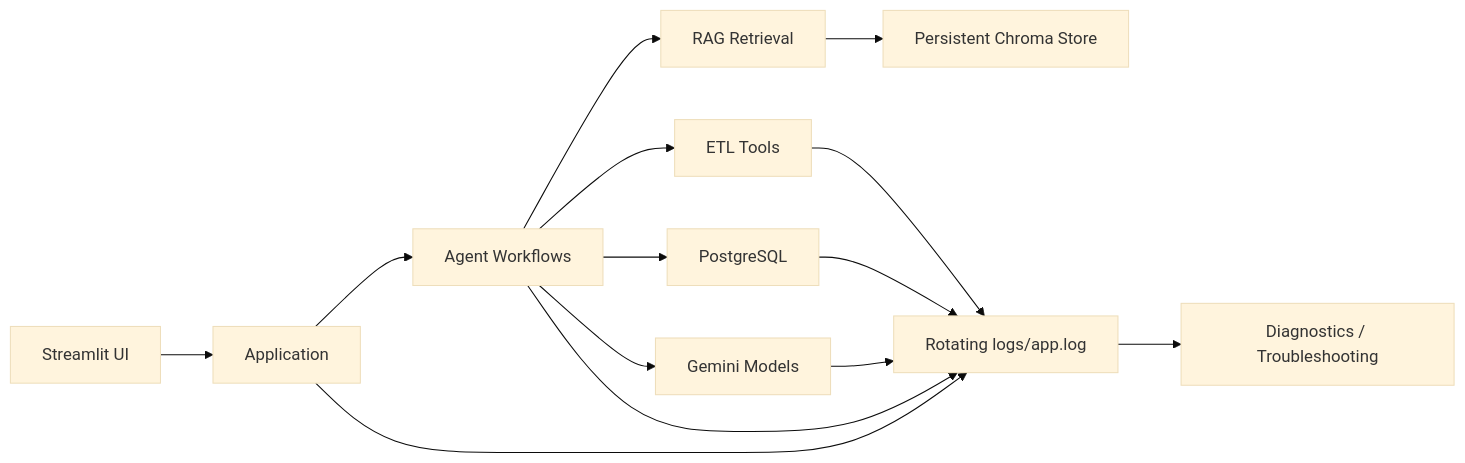
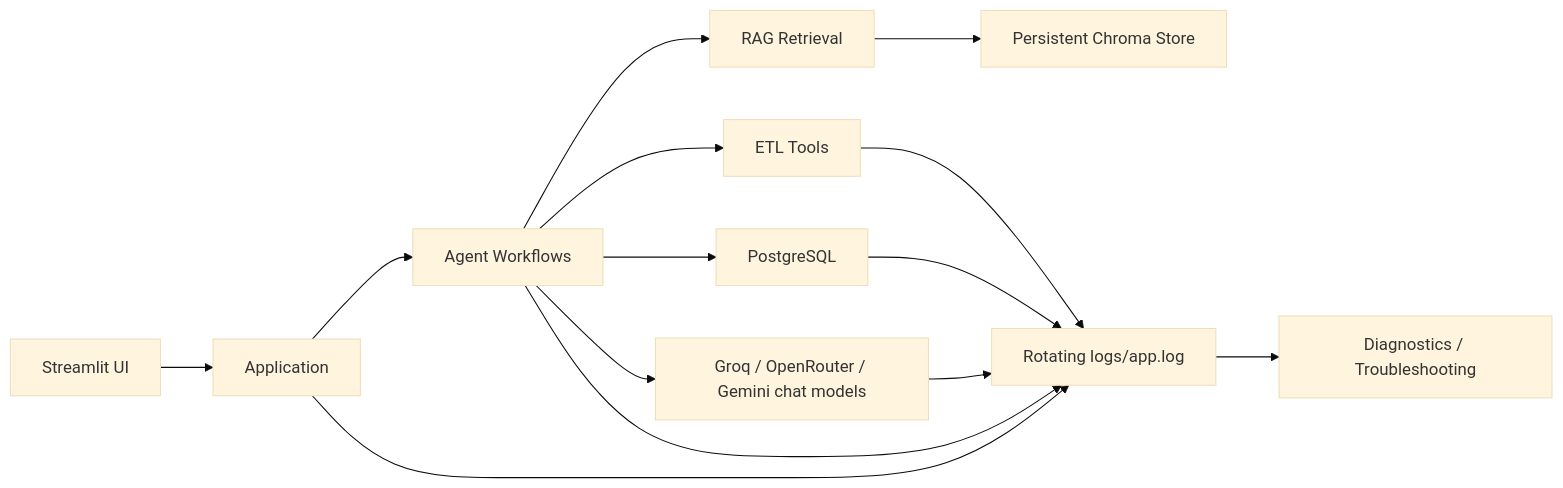
Before and after one commit to swapniltake1/agentic-data-intelligence-platform: the seventh of 7 diagrams in README.md, drawn with Mermaid (base theme). The commit also changed other lines of this file and 16 other files, not shown here.

````diff
--- a/README.md
+++ b/README.md
@@ -173,16 +174,16 @@
 ```mermaid
 flowchart LR
     UI["Streamlit UI"] --> APP["Application"]
     APP --> AGENTS["Agent Workflows"]
-    AGENTS --> MODEL["Gemini Models"]
+    AGENTS --> MODEL["Groq / OpenRouter / Gemini chat models"]
     AGENTS --> DB["PostgreSQL"]
     AGENTS --> ETL["ETL Tools"]
     AGENTS --> RAG["RAG Retrieval"]
     RAG --> CHROMA["Persistent Chroma Store"]
     APP --> LOG["Rotating logs/app.log"]
     AGENTS --> LOG
     MODEL --> LOG
     DB --> LOG
     ETL --> LOG
     LOG --> OPS["Diagnostics / Troubleshooting"]
 ```
````
